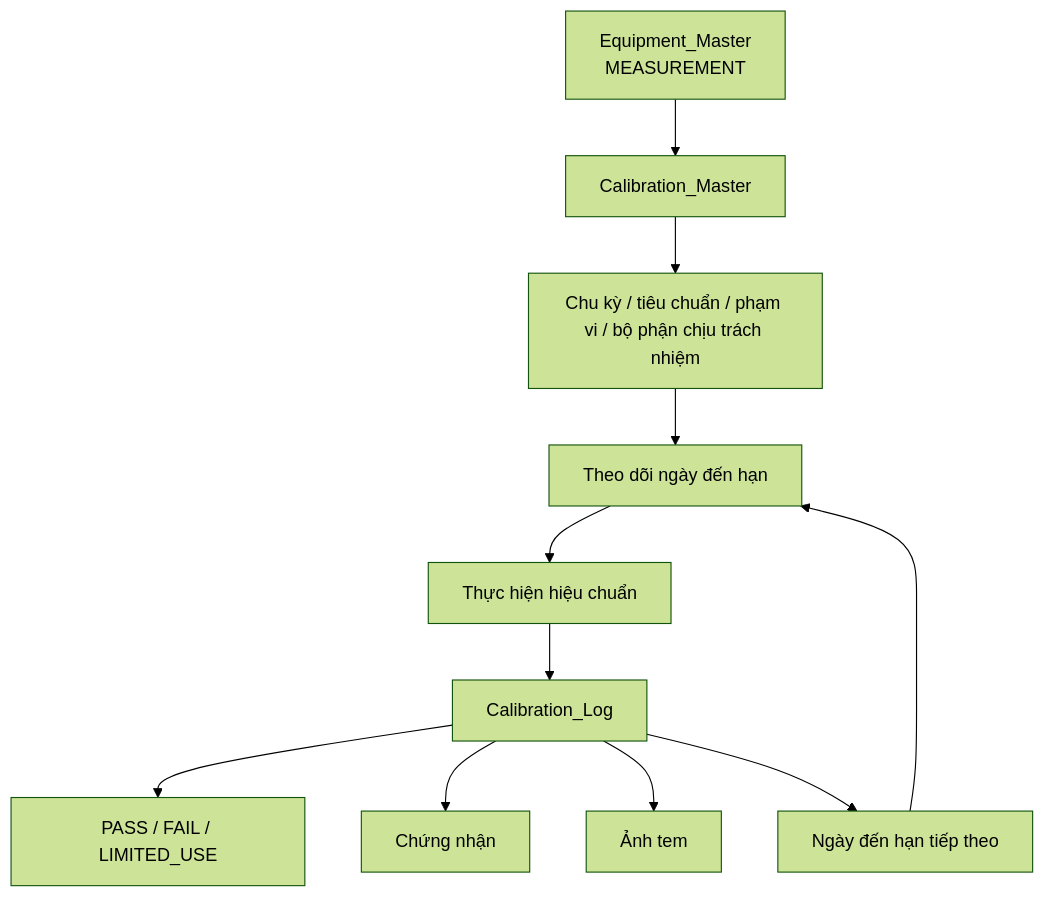
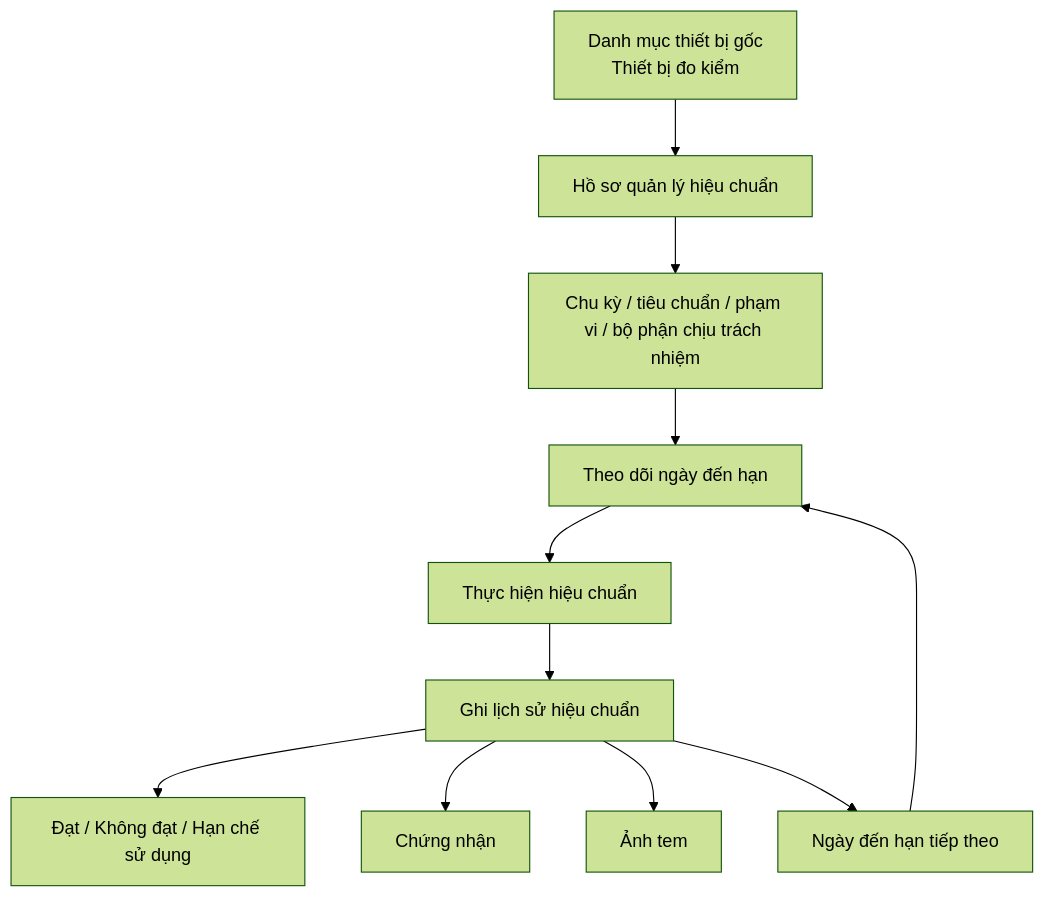
One commit to phan-tan-7211/IATF-16949-Equipment-Management changed the third of 5 diagrams in docs/KIEN_TRUC_LUONG_HE_THONG.md. Above: the diagram before and after it, drawn with Mermaid (forest theme). The commit also changed other lines of this file, not shown here.

Commit message:
docs: chuẩn hóa kiến trúc thuần tiếng Việt và mã thiết bị chính thức

````diff
--- a/docs/KIEN_TRUC_LUONG_HE_THONG.md
+++ b/docs/KIEN_TRUC_LUONG_HE_THONG.md
@@ -162,13 +170,13 @@
 ```mermaid
 flowchart TD
-    A["Equipment_Master<br/>MEASUREMENT"] --> B["Calibration_Master"]
+    A["Danh mục thiết bị gốc<br/>Thiết bị đo kiểm"] --> B["Hồ sơ quản lý hiệu chuẩn"]
     B --> C["Chu kỳ / tiêu chuẩn / phạm vi / bộ phận chịu trách nhiệm"]
     C --> D["Theo dõi ngày đến hạn"]
     D --> E["Thực hiện hiệu chuẩn"]
-    E --> F["Calibration_Log"]
-    F --> G["PASS / FAIL / LIMITED_USE"]
+    E --> F["Ghi lịch sử hiệu chuẩn"]
+    F --> G["Đạt / Không đạt / Hạn chế sử dụng"]
     F --> H["Chứng nhận"]
     F --> I["Ảnh tem"]
     F --> J["Ngày đến hạn tiếp theo"]
     J --> D
 ```
````
